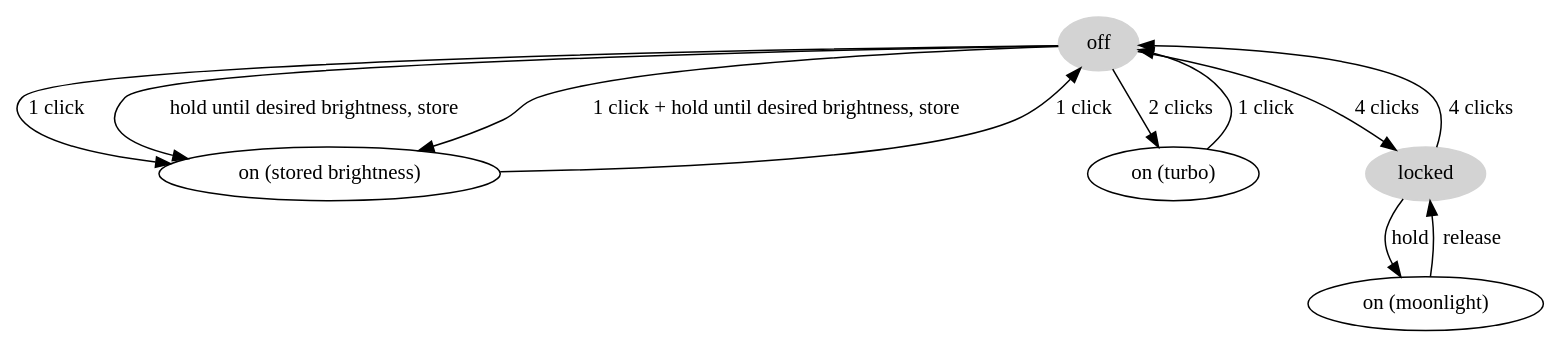
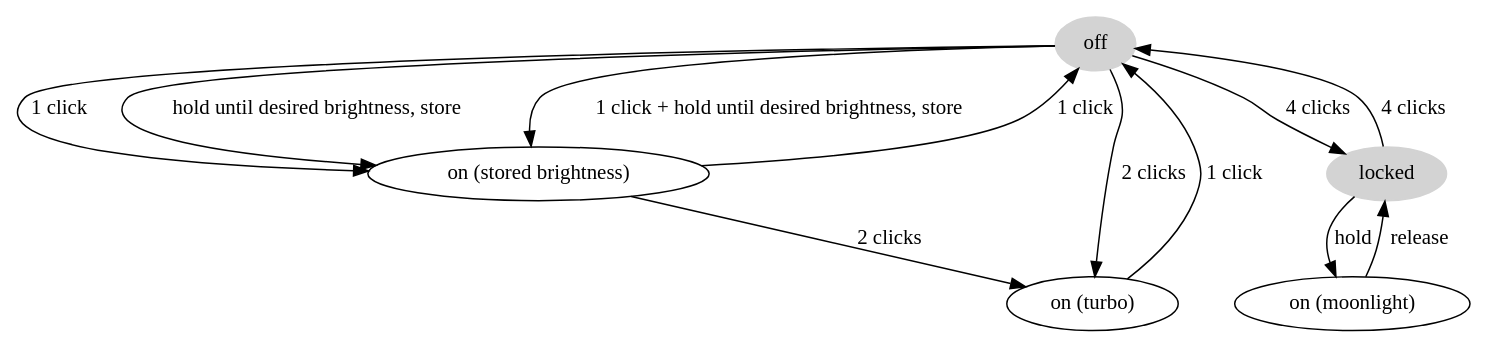
One commit to mmb/anduril-ui-diagram changed the diagram in ui.dot. Above: the diagram before and after it, drawn with Graphviz. The commit also changed 2 other files, not shown here.

Commit message:
Add on to turbo.

```diff
--- a/ui.dot
+++ b/ui.dot
@@ -1,16 +1,17 @@
 digraph {
   off[style="filled",color="lightgrey"]
   off -> "on (stored brightness)"[label="1 click"];
   off -> "on (stored brightness)"[label="hold until desired brightness, store"];
   off -> "on (turbo)"[label="2 clicks"];
   off -> "on (stored brightness)"[label="1 click + hold until desired brightness, store"];
   off -> locked[label="4 clicks"];
 
   locked[style="filled",color="lightgrey"]
   locked -> off[label="4 clicks"];
   locked -> "on (moonlight)"[label="hold"];
 
   "on (moonlight)" -> "locked"[label="release"];
   "on (stored brightness)" -> off[label="1 click"];
+  "on (stored brightness)" -> "on (turbo)"[label="2 clicks"];
   "on (turbo)" -> off[label="1 click"];
 }
```
